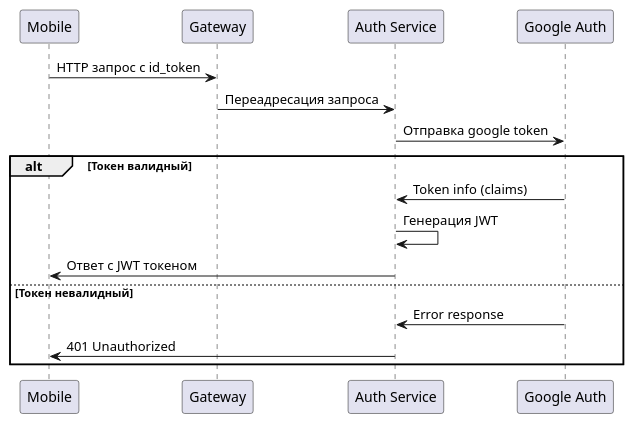
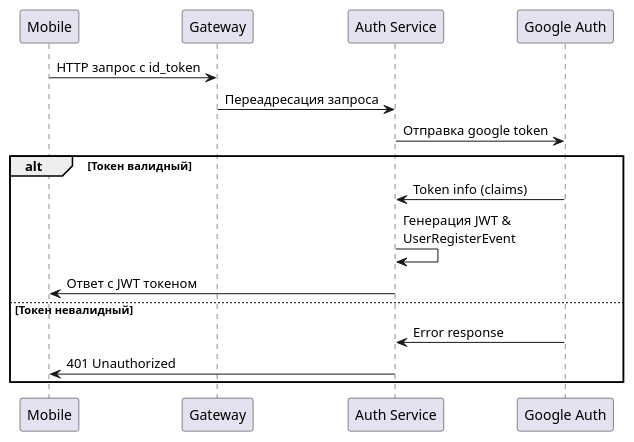
The diagram in snoozy-docs/diagrams/first_auth.puml (fakechitor/snoozy-backend), drawn with PlantUML before and after one commit. The commit also changed 1 other file, not shown here.

Commit message:
chore(docs): add user creation scenario

```diff
--- a/snoozy-docs/diagrams/first_auth.puml
+++ b/snoozy-docs/diagrams/first_auth.puml
@@ -1,17 +1,17 @@
 @startuml
 participant Mobile as mobile
 participant Gateway as gateway
 participant "Auth Service" as auth
 participant "Google Auth" as google
 mobile -> gateway : HTTP запрос с id_token
 gateway -> auth : Переадресация запроса
 auth -> google : Отправка google token
 alt Токен валидный
     google -> auth : Token info (claims)
-    auth -> auth : Генерация JWT
+    auth -> auth : Генерация JWT &\nUserRegisterEvent
     auth -> mobile : Ответ с JWT токеном
 else Токен невалидный
     google -> auth : Error response
     auth -> mobile : 401 Unauthorized
 end
 @enduml
```
